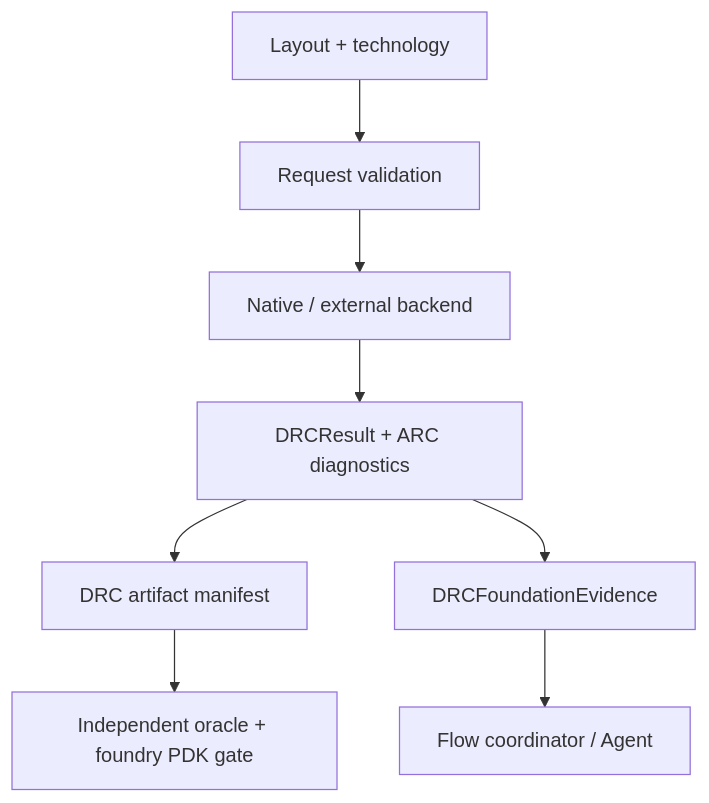
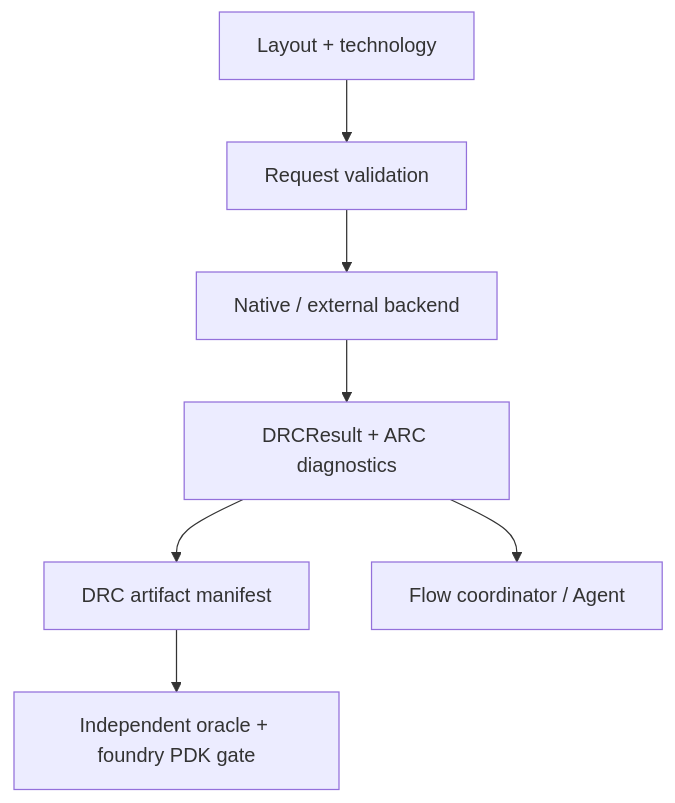
Before and after one commit to 1amageek/DRCEngine: the diagram in DESIGN.md, drawn with Mermaid. The commit also changed other lines of this file and 7 other files, not shown here.

````diff
--- a/DESIGN.md
+++ b/DESIGN.md
@@ -10,10 +10,9 @@
 ```mermaid
 flowchart TD
     Input["Layout + technology"] --> Validate["Request validation"]
     Validate --> Backend["Native / external backend"]
     Backend --> Domain["DRCResult + ARC diagnostics"]
     Domain --> Persist["DRC artifact manifest"]
-    Domain --> Boundary["DRCFoundationEvidence"]
-    Boundary --> Flow["Flow coordinator / Agent"]
+    Domain --> Flow["Flow coordinator / Agent"]
     Persist --> Gate["Independent oracle + foundry PDK gate"]
 ```
````
